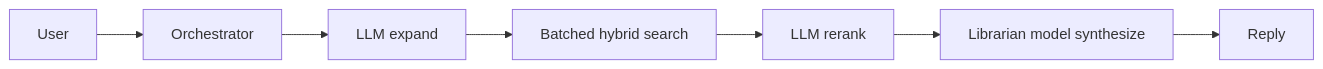
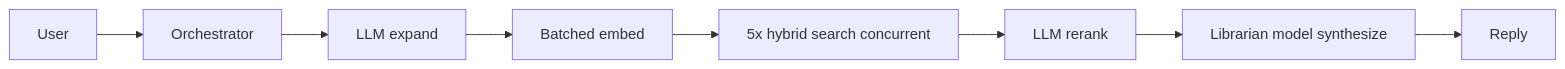
Before and after one commit to ethan-frost-xyz/founders-notes: the diagram in docs/telegram-vault-agent.md, drawn with Mermaid. The commit also changed other lines of this file and 8 other files, not shown here.

````diff
--- a/docs/telegram-vault-agent.md
+++ b/docs/telegram-vault-agent.md
@@ -23,9 +27,10 @@
 ```mermaid
 flowchart LR
   User --> Orchestrator
   Orchestrator --> Expand[LLM expand]
-  Expand --> Search[Batched hybrid search]
-  Search --> Rerank[LLM rerank]
+  Expand --> Embed[Batched embed]
+  Embed --> SearchParallel["5x hybrid search concurrent"]
+  SearchParallel --> Rerank[LLM rerank]
   Rerank --> Synth[Librarian model synthesize]
   Synth --> Reply
 ```
````
